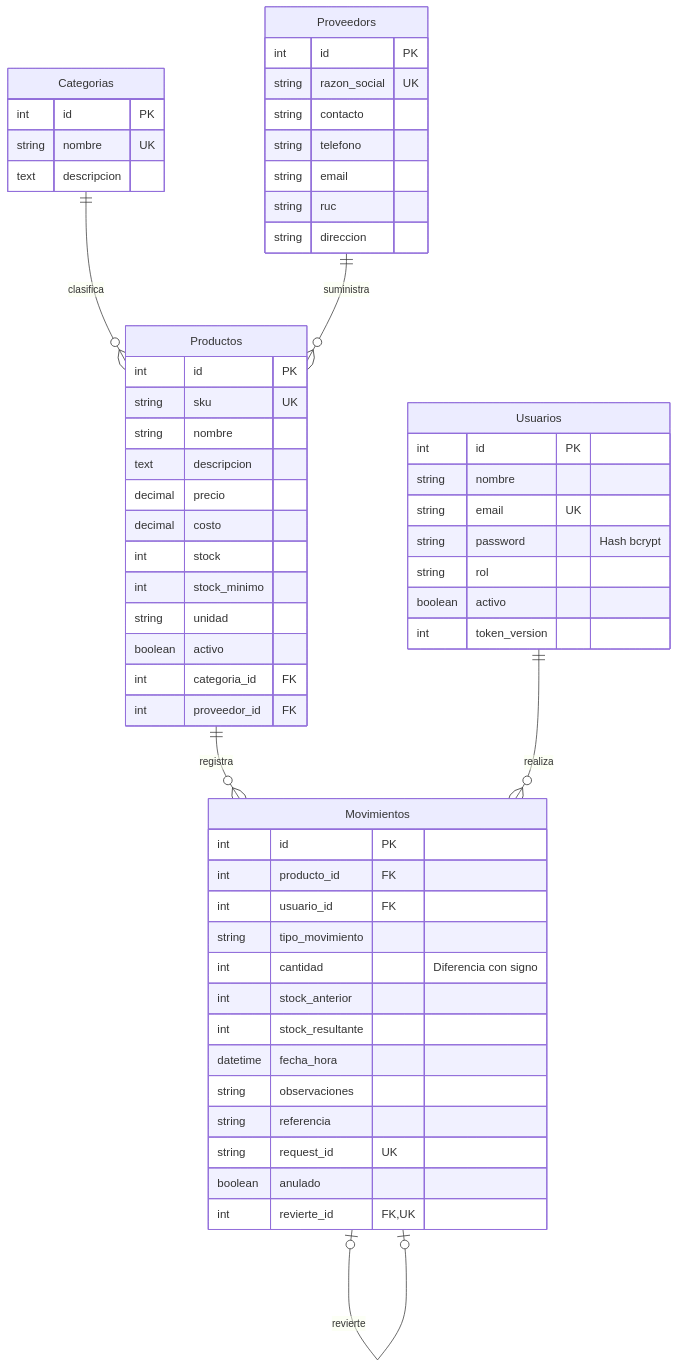
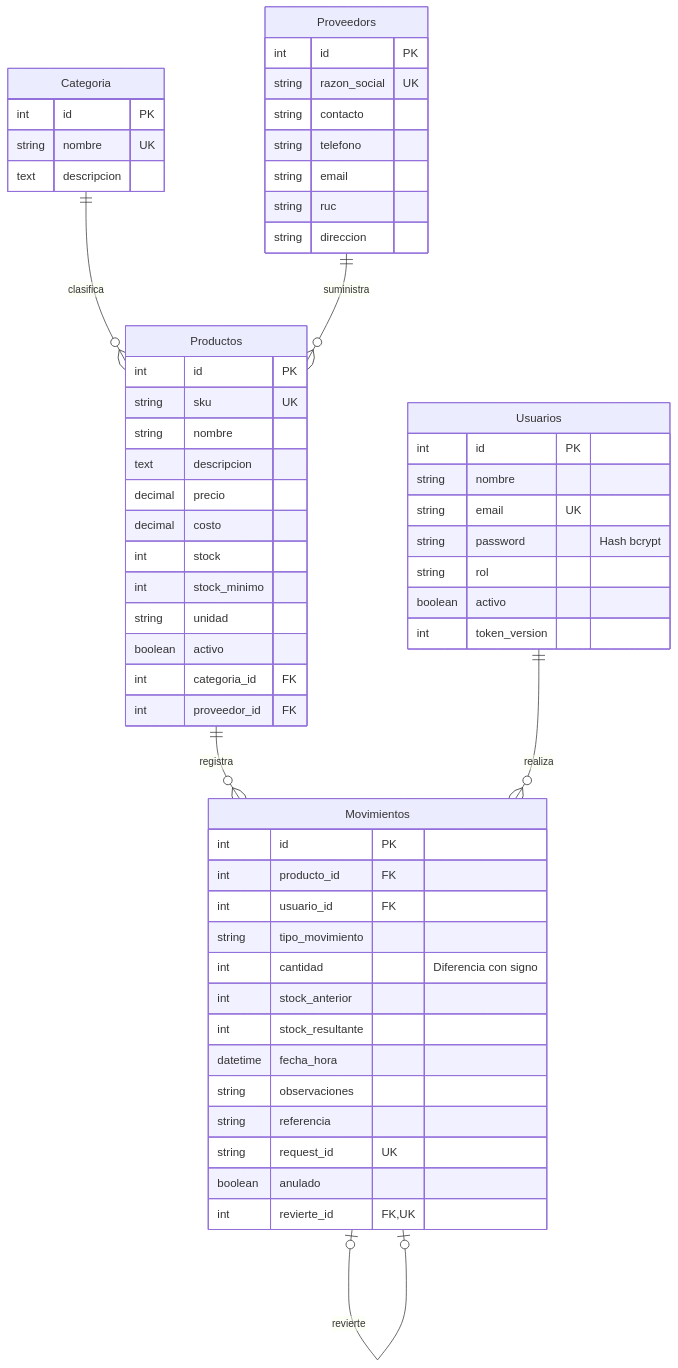
One commit to gpereyradev/miApi changed the diagram in docs/DER.md. Above: the diagram before and after it, drawn with Mermaid. The commit also changed other lines of this file and 4 other files, not shown here.

````diff
--- a/docs/DER.md
+++ b/docs/DER.md
@@ -3,60 +3,60 @@
 ```mermaid
 erDiagram
-  Categorias ||--o{ Productos : clasifica
+  Categoria ||--o{ Productos : clasifica
   Proveedors ||--o{ Productos : suministra
   Productos ||--o{ Movimientos : registra
   Usuarios ||--o{ Movimientos : realiza
   Movimientos o|--o| Movimientos : revierte
-  Categorias {
+  Categoria {
     int id PK
     string nombre UK
     text descripcion
   }
   Proveedors {
     int id PK
     string razon_social UK
     string contacto
     string telefono
     string email
     string ruc
     string direccion
   }
   Usuarios {
     int id PK
     string nombre
     string email UK
     string password "Hash bcrypt"
     string rol
     boolean activo
     int token_version
   }
   Productos {
     int id PK
     string sku UK
     string nombre
     text descripcion
     decimal precio
     decimal costo
     int stock
     int stock_minimo
     string unidad
     boolean activo
     int categoria_id FK
     int proveedor_id FK
   }
   Movimientos {
     int id PK
     int producto_id FK
     int usuario_id FK
     string tipo_movimiento
     int cantidad "Diferencia con signo"
     int stock_anterior
     int stock_resultante
     datetime fecha_hora
     string observaciones
     string referencia
     string request_id UK
     boolean anulado
     int revierte_id FK,UK
   }
 ```
````
